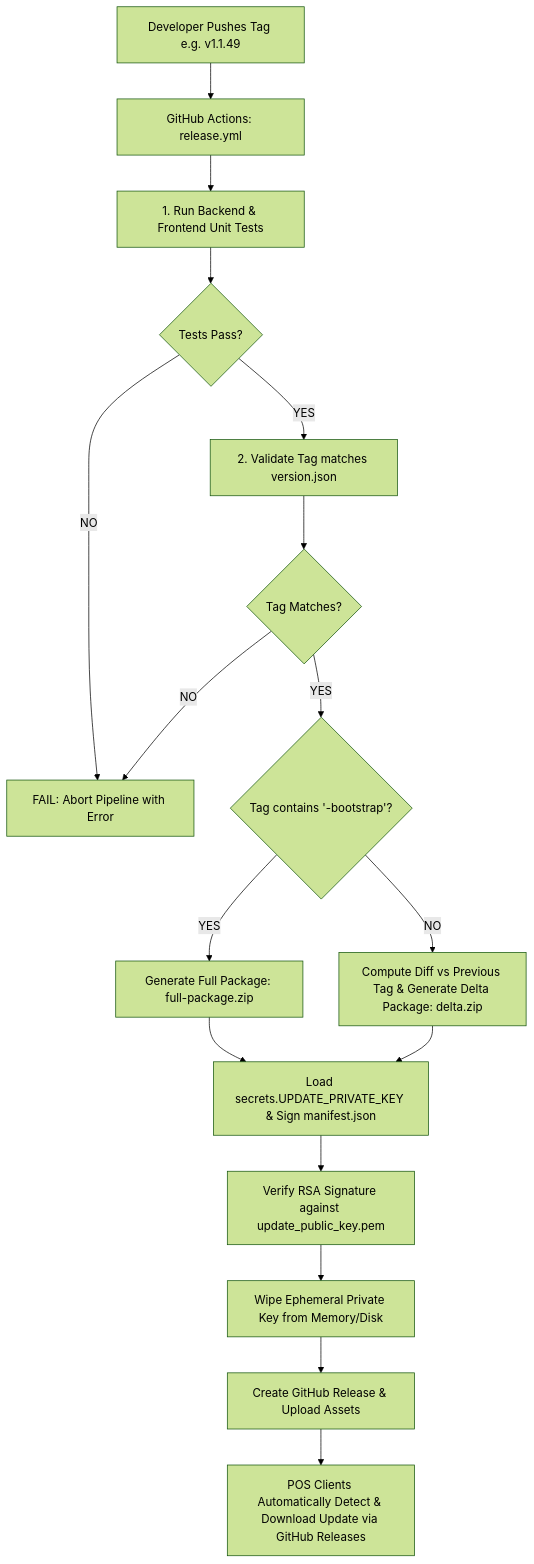
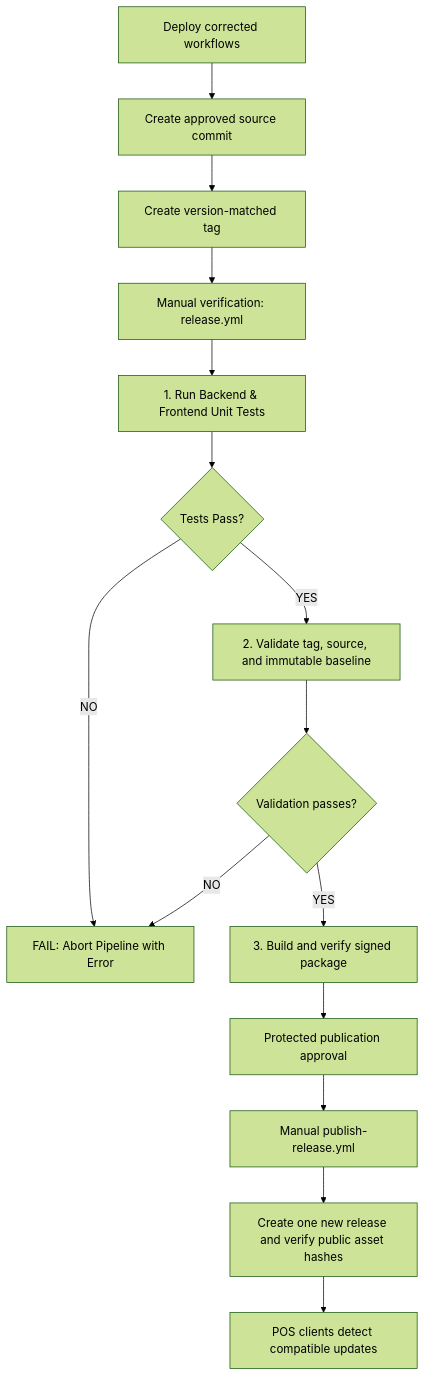
Before and after one commit to ABDO-TECK/pos: the diagram in docs/release-automation-guide.md, drawn with Mermaid (forest theme). The commit also changed other lines of this file and 9 other files, not shown here.

Commit message:
ci: gate release publication and validate immutable baselines

````diff
--- a/docs/release-automation-guide.md
+++ b/docs/release-automation-guide.md
@@ -19,22 +39,17 @@
 ```mermaid
 graph TD
-    A[Developer Pushes Tag e.g. v1.1.49] --> B[GitHub Actions: release.yml]
-    B --> C[1. Run Backend & Frontend Unit Tests]
-    C --> D{Tests Pass?}
-    D -->|NO| E[FAIL: Abort Pipeline with Error]
-    D -->|YES| F[2. Validate Tag matches version.json]
-    F --> G{Tag Matches?}
-    G -->|NO| E
-    G -->|YES| H{Tag contains '-bootstrap'?}
-    
-    H -->|YES| I[Generate Full Package: full-package.zip]
-    H -->|NO| J[Compute Diff vs Previous Tag & Generate Delta Package: delta.zip]
-    
-    I --> K[Load secrets.UPDATE_PRIVATE_KEY & Sign manifest.json]
-    J --> K
-    
-    K --> L[Verify RSA Signature against update_public_key.pem]
-    L --> M[Wipe Ephemeral Private Key from Memory/Disk]
-    M --> N[Create GitHub Release & Upload Assets]
-    N --> O[POS Clients Automatically Detect & Download Update via GitHub Releases]
+    A[Deploy corrected workflows] --> B[Create approved source commit]
+    B --> C[Create version-matched tag]
+    C --> D[Manual verification: release.yml]
+    D --> E[1. Run Backend & Frontend Unit Tests]
+    E --> F{Tests Pass?}
+    F -->|NO| G[FAIL: Abort Pipeline with Error]
+    F -->|YES| H[2. Validate tag, source, and immutable baseline]
+    H --> I{Validation passes?}
+    I -->|NO| G
+    I -->|YES| J[3. Build and verify signed package]
+    J --> K[Protected publication approval]
+    K --> L[Manual publish-release.yml]
+    L --> M[Create one new release and verify public asset hashes]
+    M --> N[POS clients detect compatible updates]
 ```
````
